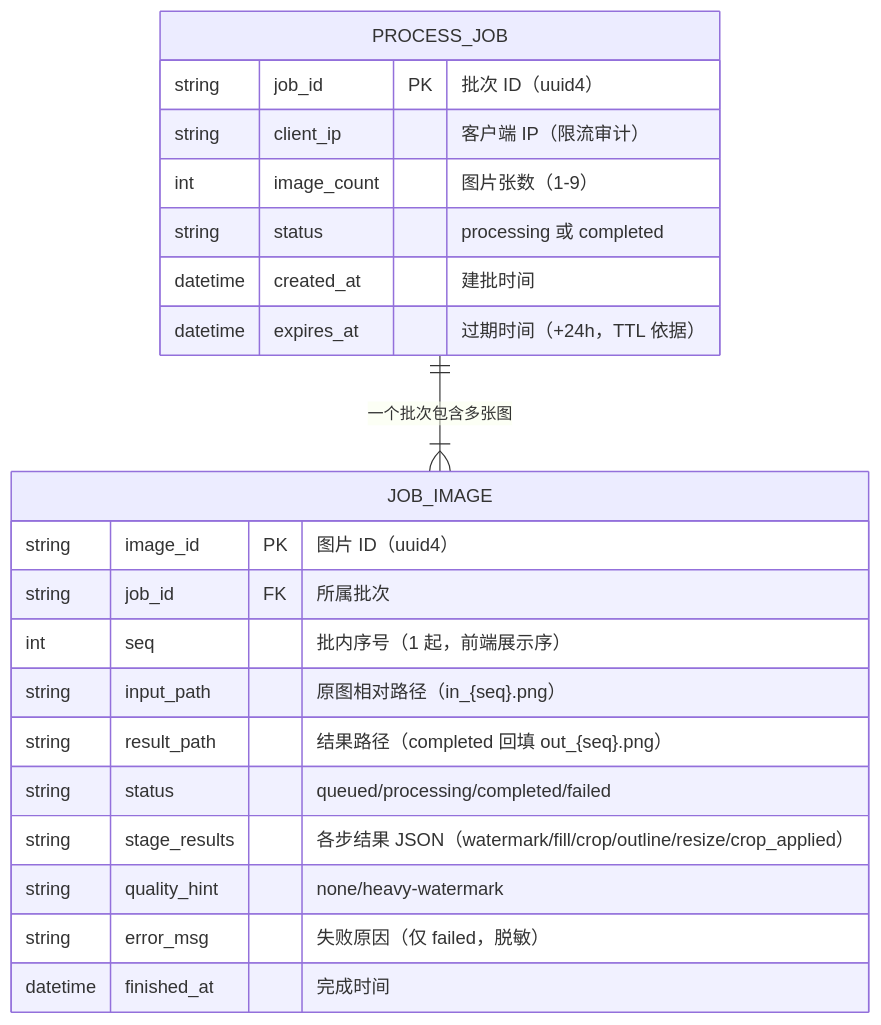
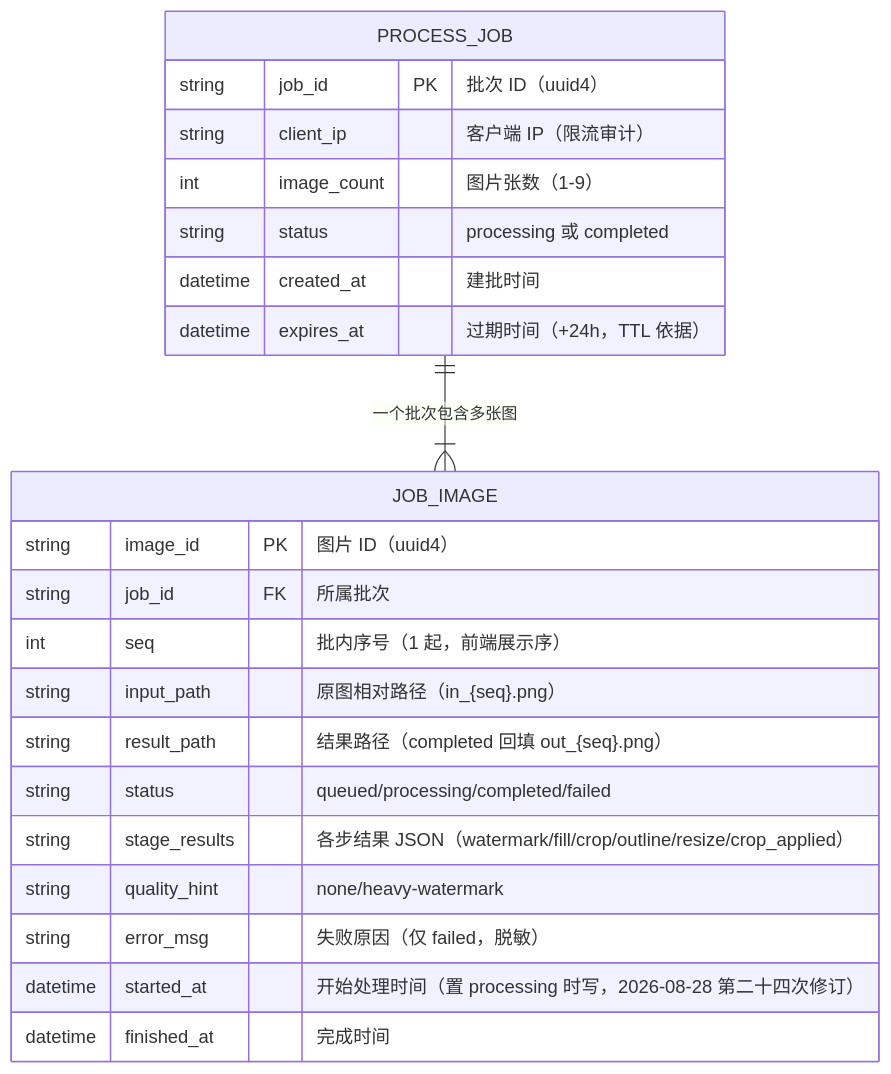
One commit to zs2731070169-web/cake-pattern-tool changed the second of 5 diagrams in docs/plan/修图工具最小技术方案.md. Above: the diagram before and after it, drawn with Mermaid. The commit also changed other lines of this file and 27 other files, not shown here.

````diff
--- a/docs/plan/修图工具最小技术方案.md
+++ b/docs/plan/修图工具最小技术方案.md
@@ -195,24 +202,25 @@
 ```mermaid
 erDiagram
     PROCESS_JOB ||--|{ JOB_IMAGE : "一个批次包含多张图"
     PROCESS_JOB {
         string job_id PK "批次 ID（uuid4）"
         string client_ip "客户端 IP（限流审计）"
         int image_count "图片张数（1-9）"
         string status "processing 或 completed"
         datetime created_at "建批时间"
         datetime expires_at "过期时间（+24h，TTL 依据）"
     }
     JOB_IMAGE {
         string image_id PK "图片 ID（uuid4）"
         string job_id FK "所属批次"
         int seq "批内序号（1 起，前端展示序）"
         string input_path "原图相对路径（in_{seq}.png）"
         string result_path "结果路径（completed 回填 out_{seq}.png）"
         string status "queued/processing/completed/failed"
         string stage_results "各步结果 JSON（watermark/fill/crop/outline/resize/crop_applied）"
         string quality_hint "none/heavy-watermark"
         string error_msg "失败原因（仅 failed，脱敏）"
+        datetime started_at "开始处理时间（置 processing 时写，2026-08-28 第二十四次修订）"
         datetime finished_at "完成时间"
     }
 ```
````
